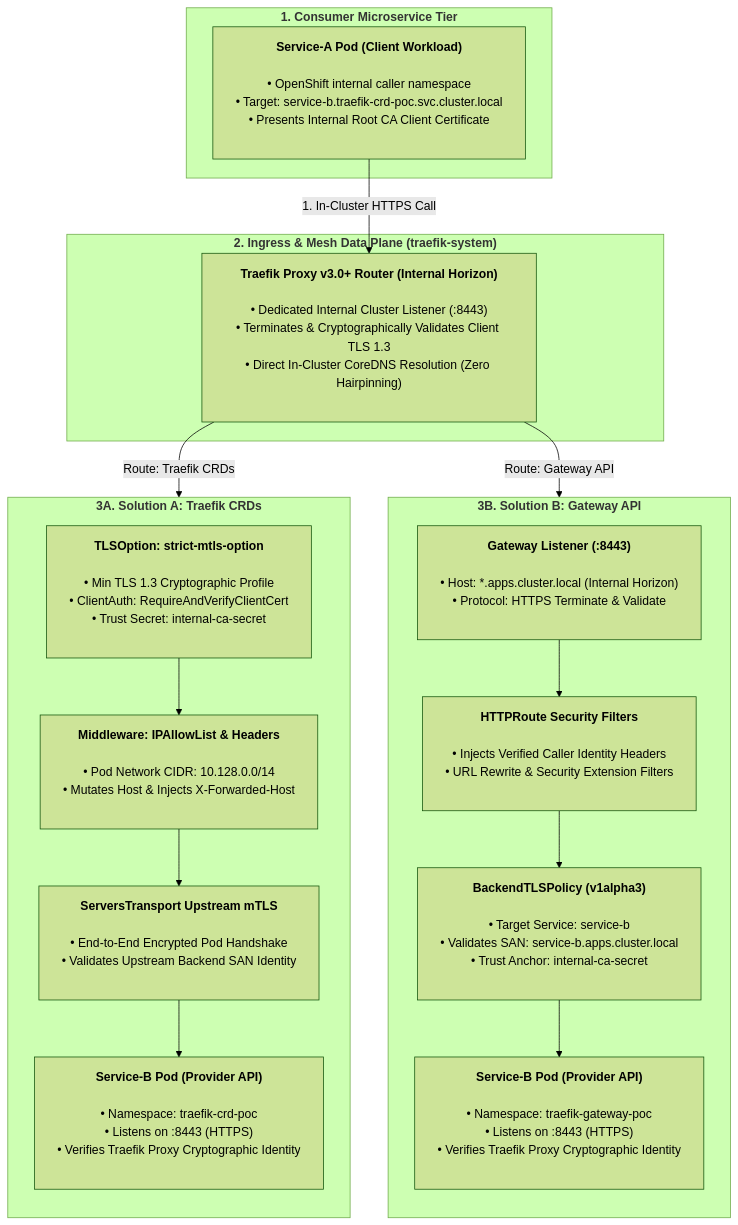
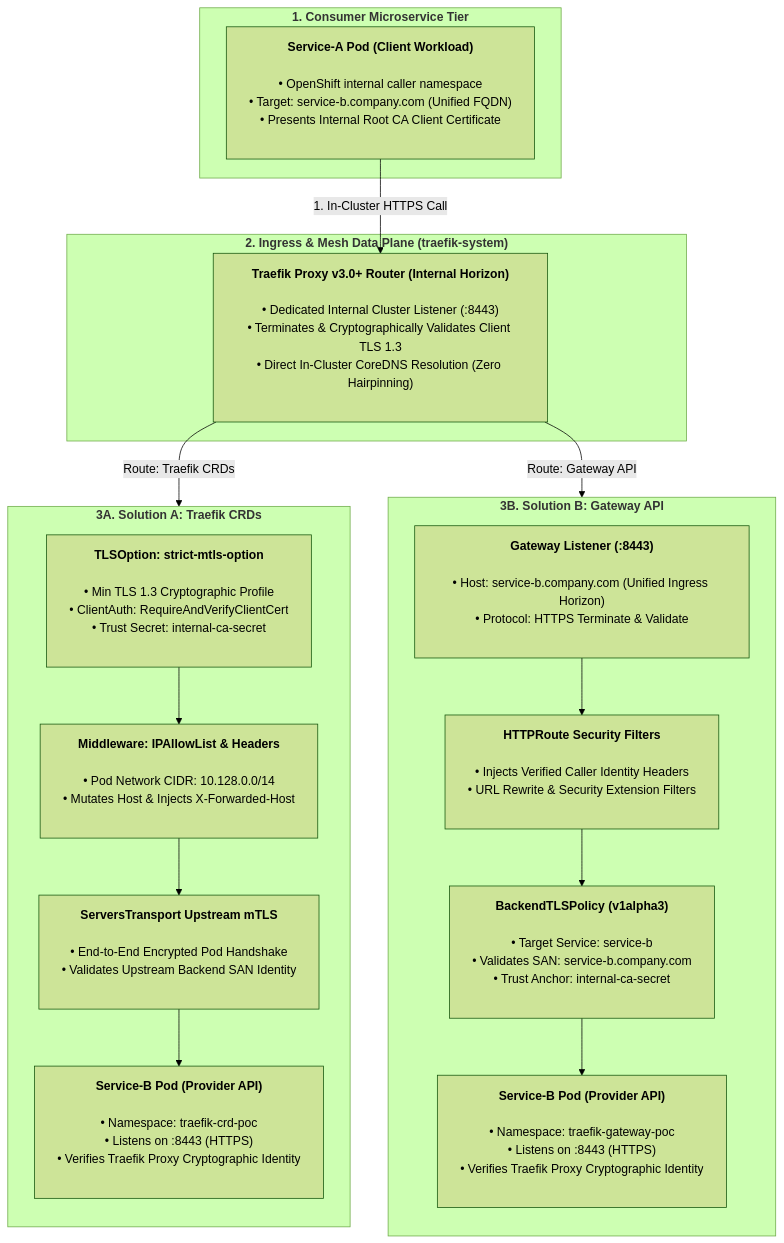
Before and after one commit to nubenetes/traefik-fqdn-management-poc-openshift-aws: the second of 3 diagrams in README.md, drawn with Mermaid (forest theme). The commit also changed other lines of this file and 4 other files, not shown here.

Commit message:
docs: standardize on unified enterprise FQDNs without cluster.local in README and manifests

````diff
--- a/README.md
+++ b/README.md
@@ -250,33 +250,33 @@
 ```mermaid
 %%{init: {"flowchart": {"wrappingWidth": 380, "nodePadding": 24, "diagramPadding": 30}}}%%
 flowchart TD
     subgraph Client_Tier ["<b>1. Consumer Microservice Tier</b>"]
-        ServiceA["<b>Service-A Pod (Client Workload)</b><br/><br/>• OpenShift internal caller namespace<br/>• Target: service-b.traefik-crd-poc.svc.cluster.local<br/>• Presents Internal Root CA Client Certificate<br/>&nbsp;"]
+        ServiceA["<b>Service-A Pod (Client Workload)</b><br/><br/>• OpenShift internal caller namespace<br/>• Target: service-b.company.com (Unified FQDN)<br/>• Presents Internal Root CA Client Certificate<br/>&nbsp;"]
     end
 
     subgraph Ingress_Tier ["<b>2. Ingress & Mesh Data Plane (traefik-system)</b>"]
         TraefikInternal["<b>Traefik Proxy v3.0+ Router (Internal Horizon)</b><br/><br/>• Dedicated Internal Cluster Listener (:8443)<br/>• Terminates & Cryptographically Validates Client TLS 1.3<br/>• Direct In-Cluster CoreDNS Resolution (Zero Hairpinning)<br/>&nbsp;"]
     end
 
     subgraph SolA ["<b>3A. Solution A: Traefik CRDs</b>"]
         direction TB
         TLSOption["<b>TLSOption: strict-mtls-option</b><br/><br/>• Min TLS 1.3 Cryptographic Profile<br/>• ClientAuth: RequireAndVerifyClientCert<br/>• Trust Secret: internal-ca-secret<br/>&nbsp;"]
         MW_IP["<b>Middleware: IPAllowList & Headers</b><br/><br/>• Pod Network CIDR: 10.128.0.0/14<br/>• Mutates Host & Injects X-Forwarded-Host<br/>&nbsp;"]
         ST["<b>ServersTransport Upstream mTLS</b><br/><br/>• End-to-End Encrypted Pod Handshake<br/>• Validates Upstream Backend SAN Identity<br/>&nbsp;"]
         ServiceB_A["<b>Service-B Pod (Provider API)</b><br/><br/>• Namespace: traefik-crd-poc<br/>• Listens on :8443 (HTTPS)<br/>• Verifies Traefik Proxy Cryptographic Identity<br/>&nbsp;"]
         TLSOption --> MW_IP --> ST --> ServiceB_A
     end
 
     subgraph SolB ["<b>3B. Solution B: Gateway API</b>"]
         direction TB
-        GW_Internal["<b>Gateway Listener (:8443)</b><br/><br/>• Host: *.apps.cluster.local (Internal Horizon)<br/>• Protocol: HTTPS Terminate & Validate<br/>&nbsp;"]
+        GW_Internal["<b>Gateway Listener (:8443)</b><br/><br/>• Host: service-b.company.com (Unified Ingress Horizon)<br/>• Protocol: HTTPS Terminate & Validate<br/>&nbsp;"]
         HR_Filter["<b>HTTPRoute Security Filters</b><br/><br/>• Injects Verified Caller Identity Headers<br/>• URL Rewrite & Security Extension Filters<br/>&nbsp;"]
-        BTLP["<b>BackendTLSPolicy (v1alpha3)</b><br/><br/>• Target Service: service-b<br/>• Validates SAN: service-b.apps.cluster.local<br/>• Trust Anchor: internal-ca-secret<br/>&nbsp;"]
+        BTLP["<b>BackendTLSPolicy (v1alpha3)</b><br/><br/>• Target Service: service-b<br/>• Validates SAN: service-b.company.com<br/>• Trust Anchor: internal-ca-secret<br/>&nbsp;"]
         ServiceB_B["<b>Service-B Pod (Provider API)</b><br/><br/>• Namespace: traefik-gateway-poc<br/>• Listens on :8443 (HTTPS)<br/>• Verifies Traefik Proxy Cryptographic Identity<br/>&nbsp;"]
         GW_Internal --> HR_Filter --> BTLP --> ServiceB_B
     end
 
     ServiceA -->|"1. In-Cluster HTTPS Call"| TraefikInternal
     TraefikInternal -->|"Route: Traefik CRDs"| SolA
     TraefikInternal -->|"Route: Gateway API"| SolB
 ```
````
